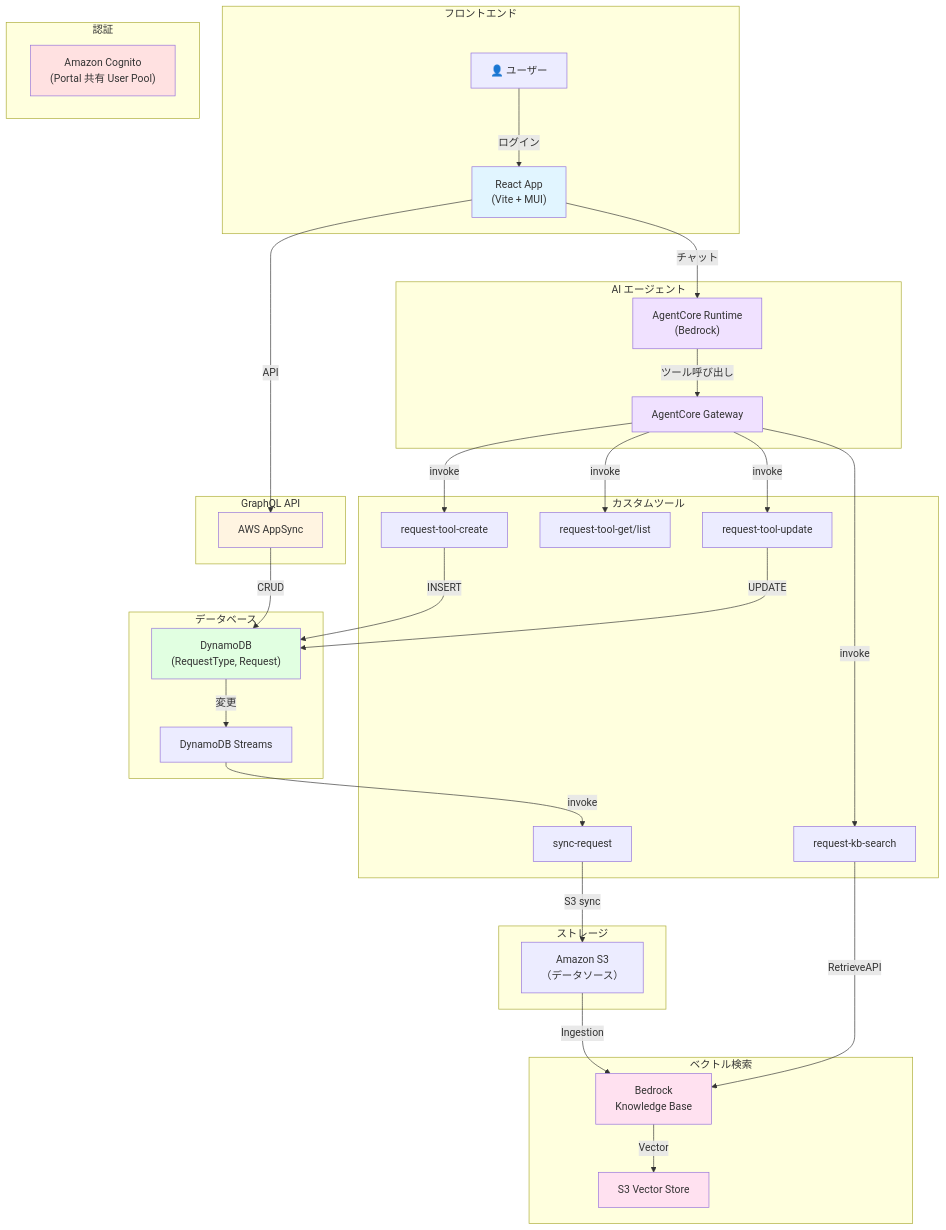
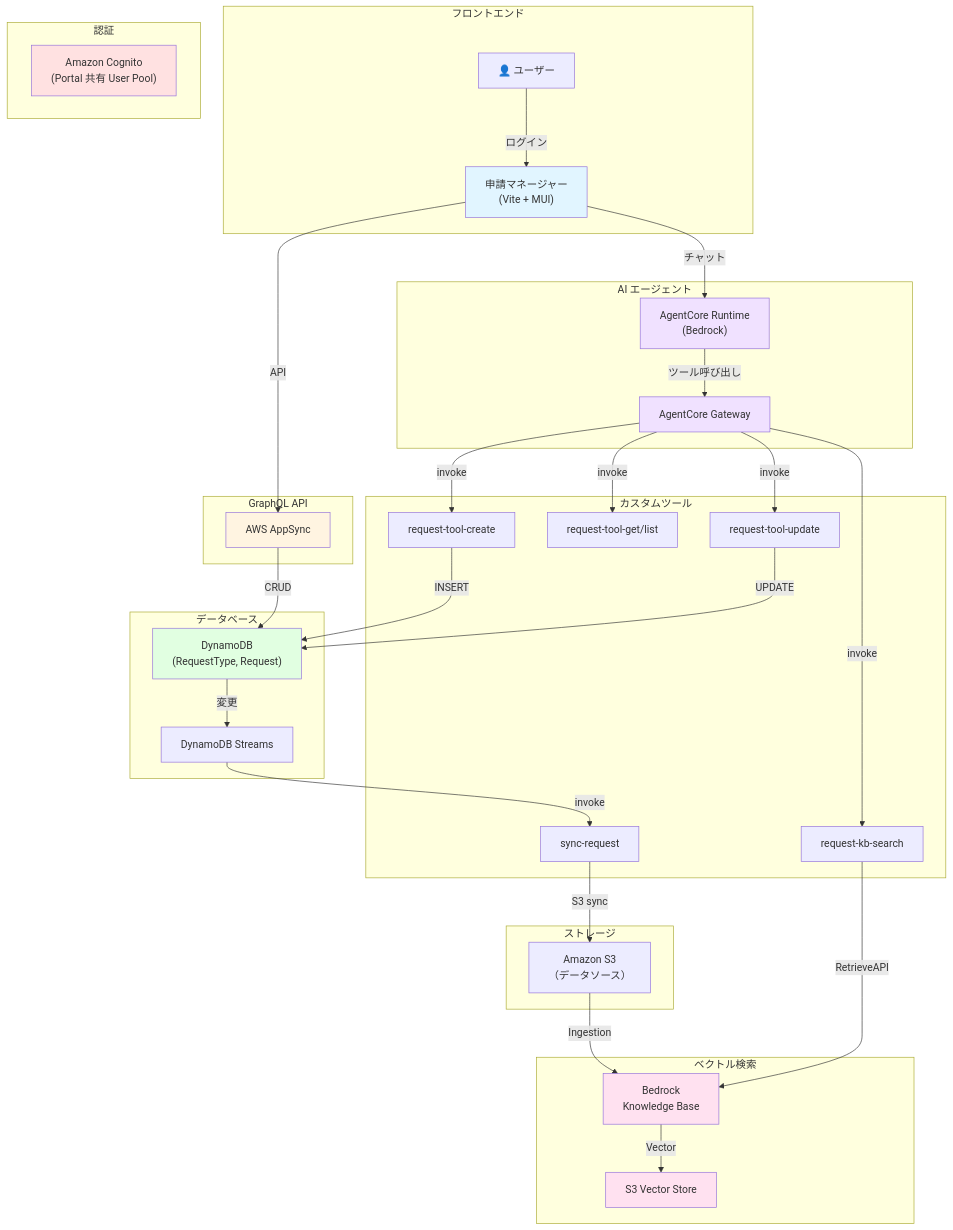
Before and after one commit to kyiwanami/workops-suite-monorepo: the diagram in apps/request-manager/README.md, drawn with Mermaid. The commit also changed 5 other files, not shown here.

````diff
--- a/apps/request-manager/README.md
+++ b/apps/request-manager/README.md
@@ -65,74 +65,74 @@
 ```mermaid
 graph TB
     subgraph Frontend["フロントエンド"]
         User["👤 ユーザー"]
-        React["React App<br/>(Vite + MUI)"]
+        React["申請マネージャー<br/>(Vite + MUI)"]
     end
 
     subgraph Auth["認証"]
         Cognito["Amazon Cognito<br/>(Portal 共有 User Pool)"]
     end
 
     subgraph API["GraphQL API"]
         AppSync["AWS AppSync"]
     end
 
     subgraph Database["データベース"]
         DynamoDB["DynamoDB<br/>(RequestType, Request)"]
         Streams["DynamoDB Streams"]
     end
 
     subgraph Storage["ストレージ"]
         S3["Amazon S3<br/>（データソース）"]
     end
 
     subgraph AI["AI エージェント"]
         Runtime["AgentCore Runtime<br/>(Bedrock)"]
         Gateway["AgentCore Gateway"]
     end
 
     subgraph Tools["カスタムツール"]
         ReqCreate["request-tool-create"]
         ReqRead["request-tool-get/list"]
         ReqUpdate["request-tool-update"]
         KBSearch["request-kb-search"]
         SyncRequest["sync-request"]
     end
 
     subgraph VectorSearch["ベクトル検索"]
         KB["Bedrock<br/>Knowledge Base"]
         VectorStore["S3 Vector Store"]
     end
 
     User -->|ログイン| React
     React -->|API| AppSync
     React -->|チャット| Runtime
 
     AppSync -->|CRUD| DynamoDB
     DynamoDB -->|変更| Streams
     Streams -->|invoke| SyncRequest
 
     Runtime -->|ツール呼び出し| Gateway
     Gateway -->|invoke| ReqCreate
     Gateway -->|invoke| ReqRead
     Gateway -->|invoke| ReqUpdate
     Gateway -->|invoke| KBSearch
 
     ReqCreate -->|INSERT| DynamoDB
     ReqUpdate -->|UPDATE| DynamoDB
 
     SyncRequest -->|S3 sync| S3
     S3 -->|Ingestion| KB
     KB -->|Vector| VectorStore
 
     KBSearch -->|RetrieveAPI| KB
 
     style React fill:#e1f5ff
     style Cognito fill:#ffe1e1
     style AppSync fill:#fff4e1
     style DynamoDB fill:#e1ffe1
     style Runtime fill:#f0e1ff
     style Gateway fill:#f0e1ff
     style KB fill:#ffe1f0
     style VectorStore fill:#ffe1f0
 ```
````
